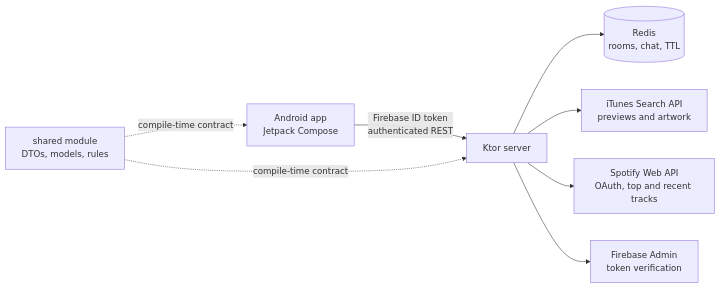
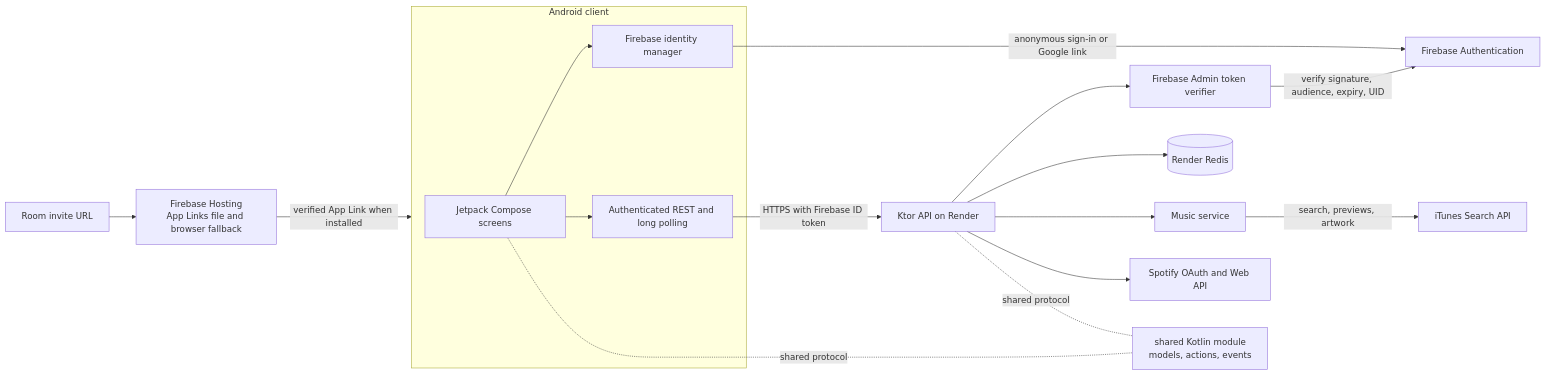
One commit to Om-Anand-1208/Guess-Whose-Song changed the diagram in README.md. Above: the diagram before and after it, drawn with Mermaid. The commit also changed other lines of this file and 2 other files, not shown here.

Commit message:
Update Firebase project configuration and system design

````diff
--- a/README.md
+++ b/README.md
@@ -19,10 +19,33 @@
 ```mermaid
 flowchart LR
-    A[Android app<br/>Jetpack Compose] -->|Firebase ID token<br/>authenticated REST| S[Ktor server]
-    S --> R[(Redis<br/>rooms, chat, TTL)]
-    S --> I[iTunes Search API<br/>previews and artwork]
-    S --> P[Spotify Web API<br/>OAuth, top and recent tracks]
-    S --> F[Firebase Admin<br/>token verification]
-    C[shared module<br/>DTOs, models, rules] -. compile-time contract .-> A
-    C -. compile-time contract .-> S
+    subgraph Android[Android client]
+        UI[Jetpack Compose screens]
+        Identity[Firebase identity manager]
+        Poller[Authenticated REST and long polling]
+        UI --> Identity
+        UI --> Poller
+    end
+
+    Auth[Firebase Authentication]
+    API[Ktor API on Render]
+    Verify[Firebase Admin token verifier]
+    Redis[(Render Redis)]
+    Music[Music service]
+    ITunes[iTunes Search API]
+    Spotify[Spotify OAuth and Web API]
+    Hosting[Firebase Hosting<br/>App Links file and browser fallback]
+    Shared[shared Kotlin module<br/>models, actions, events]
+
+    Identity -->|anonymous sign-in or Google link| Auth
+    Poller -->|HTTPS with Firebase ID token| API
+    API --> Verify
+    Verify -->|verify signature, audience, expiry, UID| Auth
+    API --> Redis
+    API --> Music
+    Music -->|search, previews, artwork| ITunes
+    API --> Spotify
+    API -. shared protocol .- Shared
+    UI -. shared protocol .- Shared
+    Invite[Room invite URL] --> Hosting
+    Hosting -->|verified App Link when installed| Android
 ```
````
